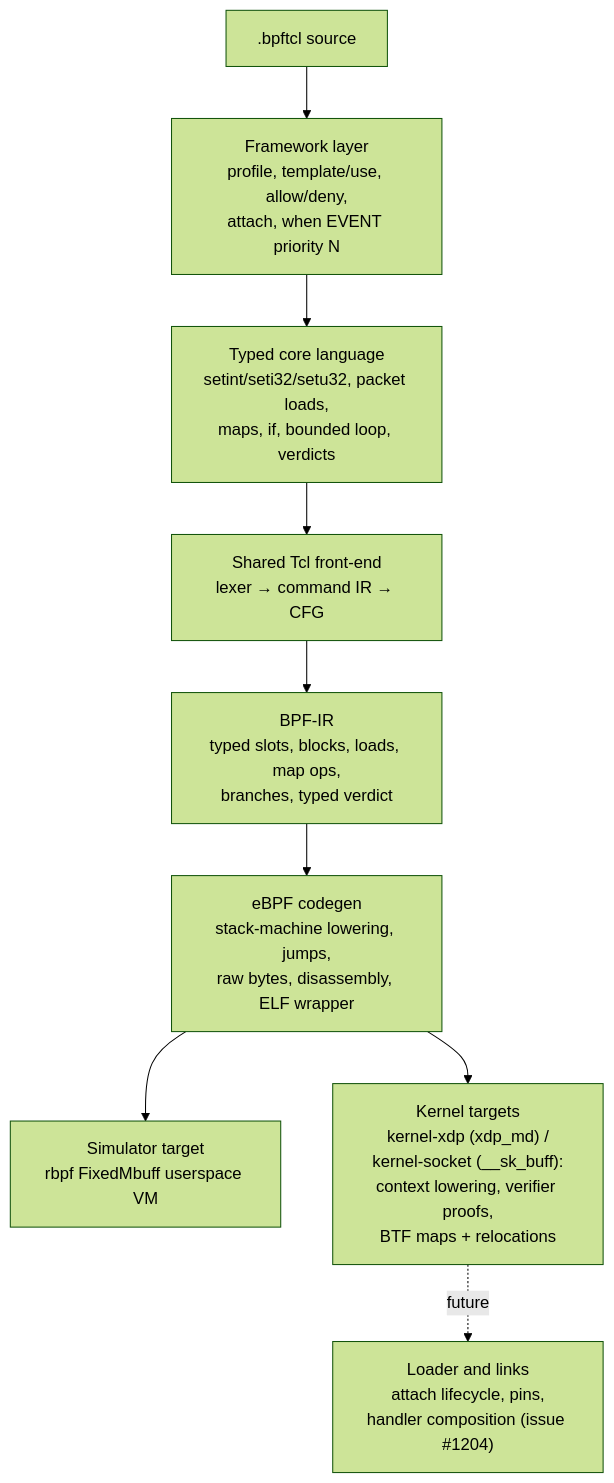
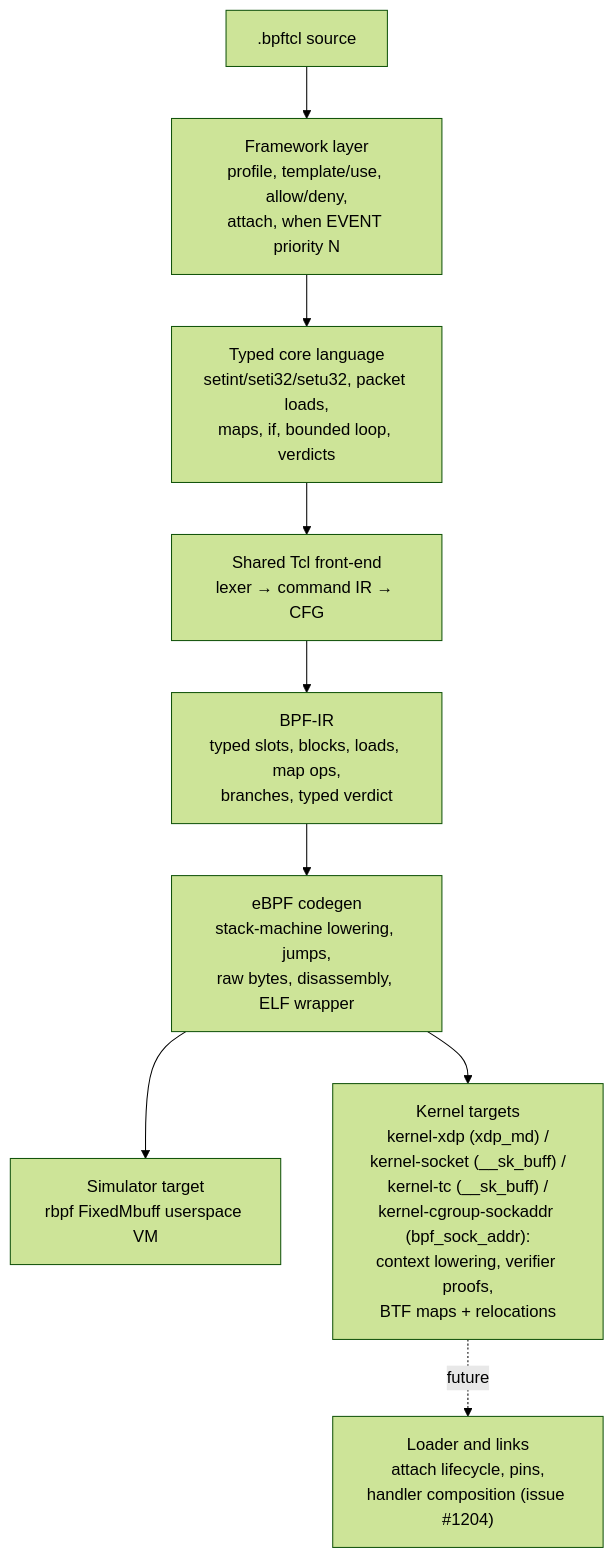
The diagram in docs/design/compiler/ebpf-backend.md (bitwisecook/tcl-lsp), drawn with Mermaid (forest theme) before and after one commit. The commit also changed other lines of this file and 17 other files, not shown here.

````diff
--- a/docs/design/compiler/ebpf-backend.md
+++ b/docs/design/compiler/ebpf-backend.md
@@ -37,17 +48,17 @@
 ```mermaid
 flowchart TB
     Source[".bpftcl source"]
     Framework["Framework layer<br/>profile, template/use, allow/deny,<br/>attach, when EVENT priority N"]
     Core["Typed core language<br/>setint/seti32/setu32, packet loads,<br/>maps, if, bounded loop, verdicts"]
     TclIR["Shared Tcl front-end<br/>lexer → command IR → CFG"]
     BpfIR["BPF-IR<br/>typed slots, blocks, loads, map ops,<br/>branches, typed verdict"]
     Codegen["eBPF codegen<br/>stack-machine lowering, jumps,<br/>raw bytes, disassembly, ELF wrapper"]
     Rbpf["Simulator target<br/>rbpf FixedMbuff userspace VM"]
-    Kernel["Kernel targets<br/>kernel-xdp (xdp_md) /<br/>kernel-socket (__sk_buff):<br/>context lowering, verifier proofs,<br/>BTF maps + relocations"]
+    Kernel["Kernel targets<br/>kernel-xdp (xdp_md) /<br/>kernel-socket (__sk_buff) /<br/>kernel-tc (__sk_buff) /<br/>kernel-cgroup-sockaddr (bpf_sock_addr):<br/>context lowering, verifier proofs,<br/>BTF maps + relocations"]
     Loader["Loader and links<br/>attach lifecycle, pins,<br/>handler composition (issue #1204)"]
 
     Source --> Framework --> Core --> TclIR --> BpfIR --> Codegen
     Codegen --> Rbpf
     Codegen --> Kernel
     Kernel -. future .-> Loader
 ```
````
